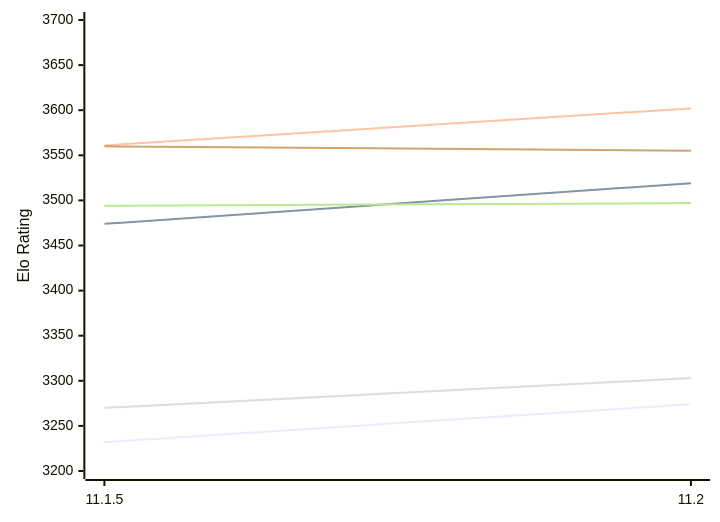
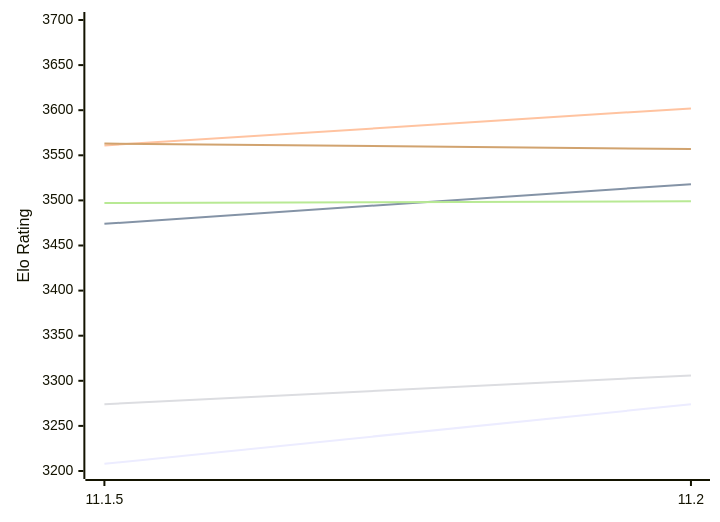
Before and after one commit to computer-chess-index/cci: the first of 2 diagrams in engines/Lizard.md, drawn with Mermaid. The commit also changed other lines of this file, not shown here.

Commit message:
Update CCI Ratings (ELO VLTC) - 2026-11-24

````diff
--- a/engines/Lizard.md
+++ b/engines/Lizard.md
@@ -52,12 +52,12 @@
 ```mermaid
 %%{init: {"theme":"base","themeVariables":{"seriesColors:['#a3a3a3','#222221','#faa371']}}}%%
 xychart-beta
   x-axis ["11.1.5", "11.2"]
   y-axis "Elo Rating" 3200 --> 3700
-  line "E1: STC (8.0+0.08s)" [3232, 3274]
-  line "E1: LTC (60.0+0.60s)" [3474, 3519]
+  line "E1: STC (8.0+0.08s)" [3208, 3274]
+  line "E1: LTC (60.0+0.60s)" [3474, 3518]
   line "E1: VLTC (2m24s+1.12s)" [3561, 3602]
-  line "P1: STC (8.0+0.08s)" [3270, 3303]
-  line "P1: LTC (60.0+0.60s)" [3494, 3497]
-  line "P1: VLTC (2m24s+1.12s)" [3560, 3555]
+  line "P1: STC (8.0+0.08s)" [3274, 3306]
+  line "P1: LTC (60.0+0.60s)" [3497, 3499]
+  line "P1: VLTC (2m24s+1.12s)" [3563, 3557]
 ```
````
